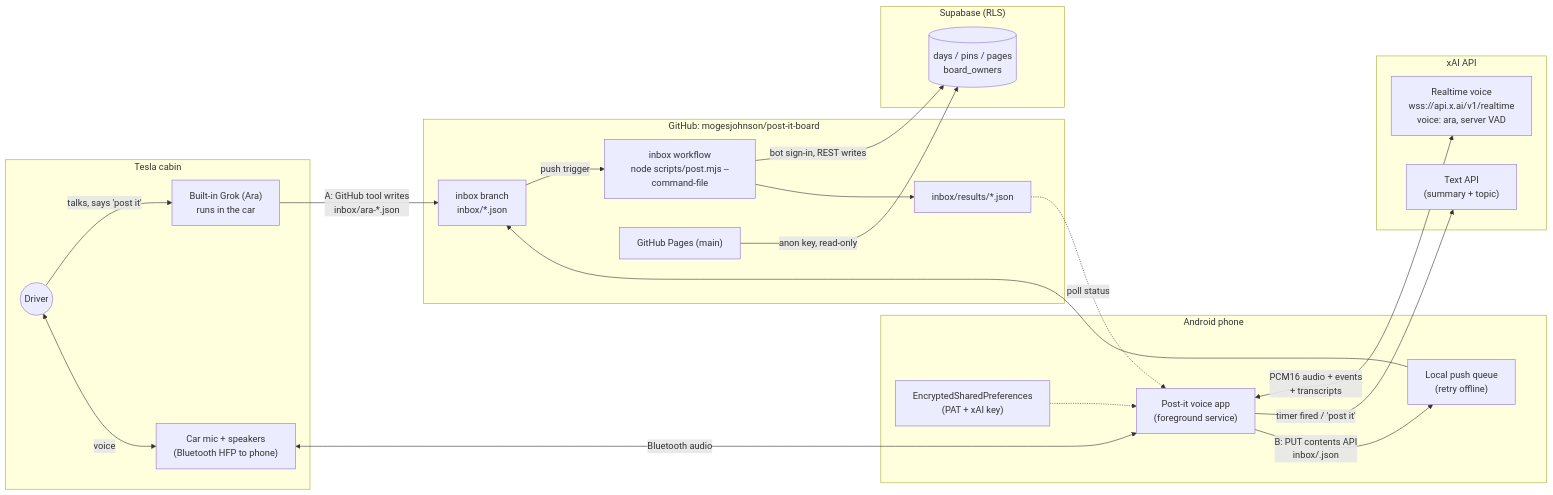
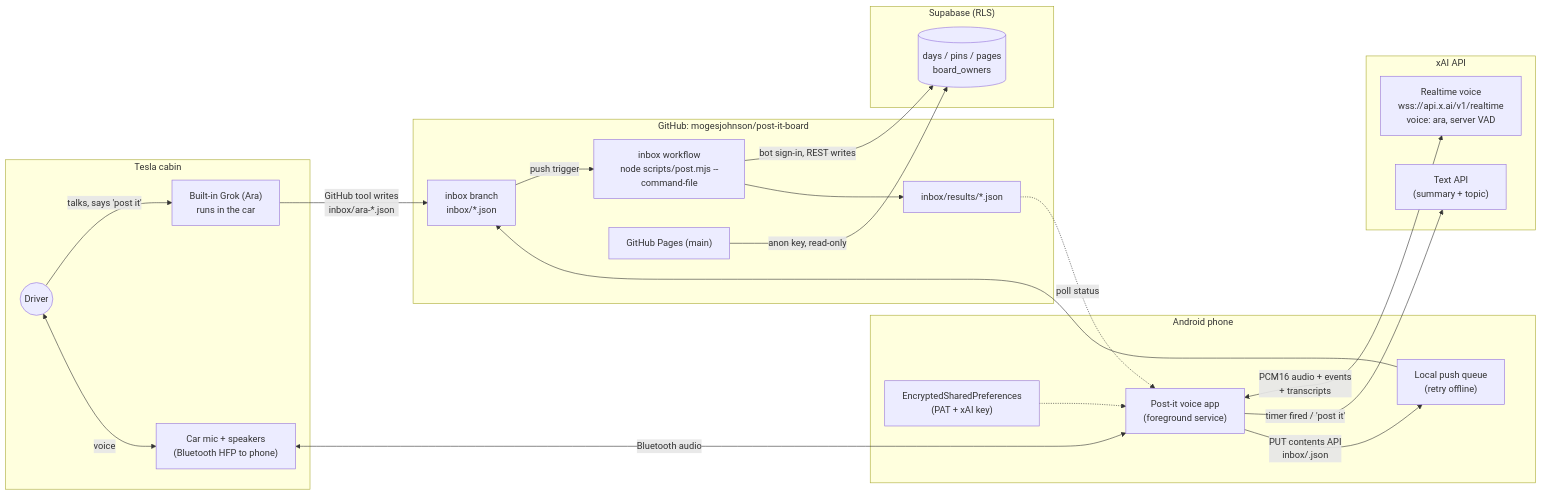
Before and after one commit to mogesjohnson/how-to-post-it: the second of 3 diagrams in docs/architecture.md, drawn with Mermaid. The commit also changed other lines of this file and 6 other files, not shown here.

First line of the commit message:
Make transcript automation the primary path; demote phone app to legacy

````diff
--- a/docs/architecture.md
+++ b/docs/architecture.md
@@ -9,50 +231,50 @@
 ```mermaid
 flowchart LR
   subgraph Car["Tesla cabin"]
     Driver(("Driver"))
     BuiltIn["Built-in Grok (Ara)<br/>runs in the car"]
     CarAudio["Car mic + speakers<br/>(Bluetooth HFP to phone)"]
   end
 
   subgraph Phone["Android phone"]
     App["Post-it voice app<br/>(foreground service)"]
     Store["EncryptedSharedPreferences<br/>(PAT + xAI key)"]
     Queue["Local push queue<br/>(retry offline)"]
   end
 
   subgraph XAI["xAI API"]
     RT["Realtime voice<br/>wss://api.x.ai/v1/realtime<br/>voice: ara, server VAD"]
     TXT["Text API<br/>(summary + topic)"]
   end
 
   subgraph GH["GitHub: mogesjohnson/post-it-board"]
     Inbox["inbox branch<br/>inbox/*.json"]
     Actions["inbox workflow<br/>node scripts/post.mjs --command-file"]
     Results["inbox/results/*.json"]
     Pages["GitHub Pages (main)"]
   end
 
   subgraph SB["Supabase (RLS)"]
     DB[("days / pins / pages<br/>board_owners")]
   end
 
-  %% Path A
+  %% Ara "post it"
   Driver -- "talks, says 'post it'" --> BuiltIn
-  BuiltIn -- "A: GitHub tool writes<br/>inbox/ara-*.json" --> Inbox
+  BuiltIn -- "GitHub tool writes<br/>inbox/ara-*.json" --> Inbox
 
-  %% Path B
+  %% Legacy app
   Driver <-- "voice" --> CarAudio
   CarAudio <-- "Bluetooth audio" --> App
   App <-- "PCM16 audio + events<br/>+ transcripts" --> RT
   App -- "timer fired / 'post it'" --> TXT
   Store -.-> App
-  App -- "B: PUT contents API<br/>inbox/<session-id>.json" --> Queue
+  App -- "PUT contents API<br/>inbox/<session-id>.json" --> Queue
   Queue --> Inbox
 
   %% Shared
   Inbox -- "push trigger" --> Actions
   Actions -- "bot sign-in, REST writes" --> DB
   Actions --> Results
   Results -. "poll status" .-> App
   Pages -- "anon key, read-only" --> DB
 ```
````
